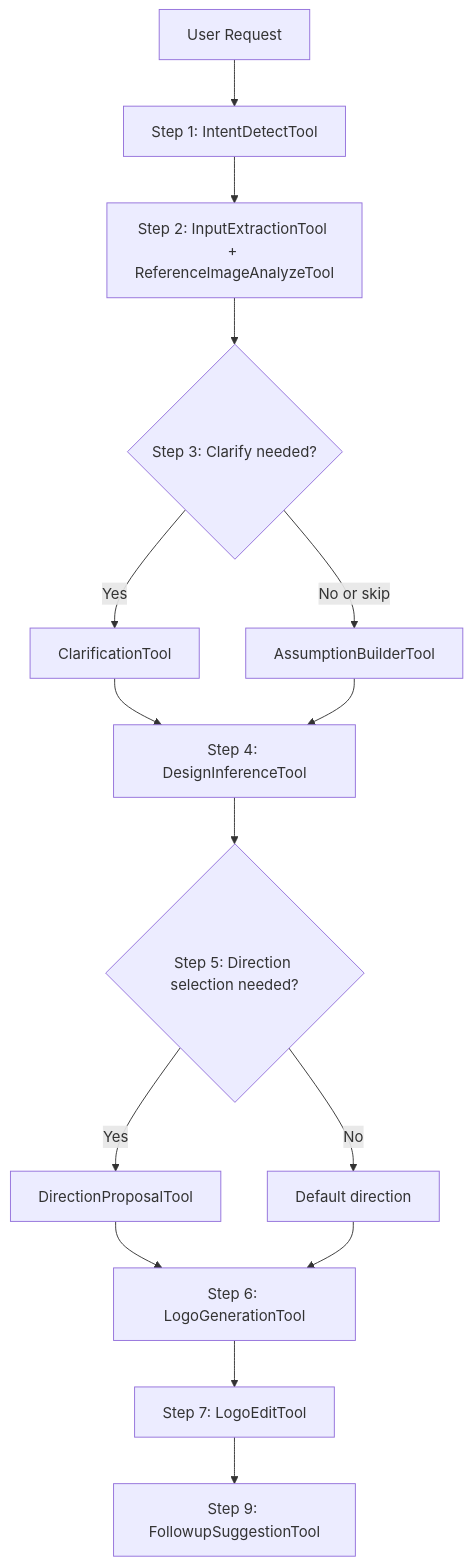
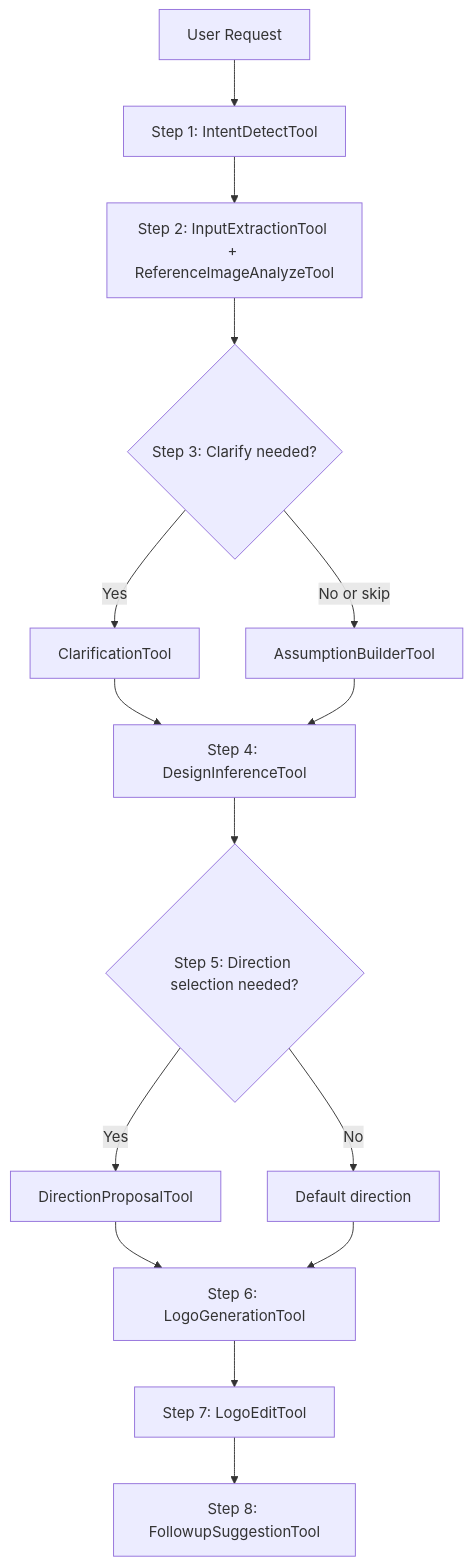
Before and after one commit to Ne4nf/Agent-Memory: the first of 3 diagrams in architecture.md, drawn with Mermaid. The commit also changed other lines of this file, not shown here.

First line of the commit message:
Revise architecture.md for Logo Design AI POC

````diff
--- a/architecture.md
+++ b/architecture.md
@@ -76,17 +75,17 @@
 ```mermaid
 flowchart TD
     A[User Request] --> B[Step 1: IntentDetectTool]
     B --> C[Step 2: InputExtractionTool + ReferenceImageAnalyzeTool]
     C --> D{Step 3: Clarify needed?}
     D -->|Yes| E[ClarificationTool]
     D -->|No or skip| F[AssumptionBuilderTool]
     E --> G[Step 4: DesignInferenceTool]
     F --> G
     G --> H{Step 5: Direction selection needed?}
     H -->|Yes| I[DirectionProposalTool]
     H -->|No| J[Default direction]
     I --> K[Step 6: LogoGenerationTool]
     J --> K
     K --> L[Step 7: LogoEditTool]
-    L --> M[Step 9: FollowupSuggestionTool]
+    L --> M[Step 8: FollowupSuggestionTool]
 ```
````
